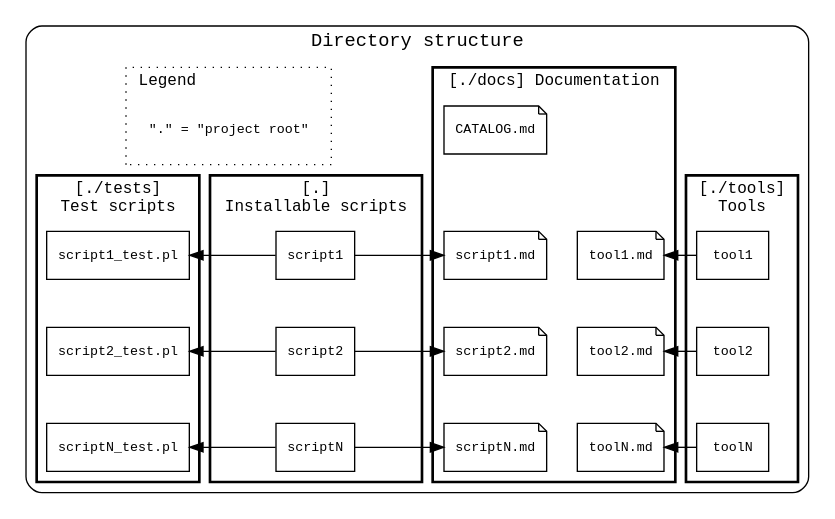
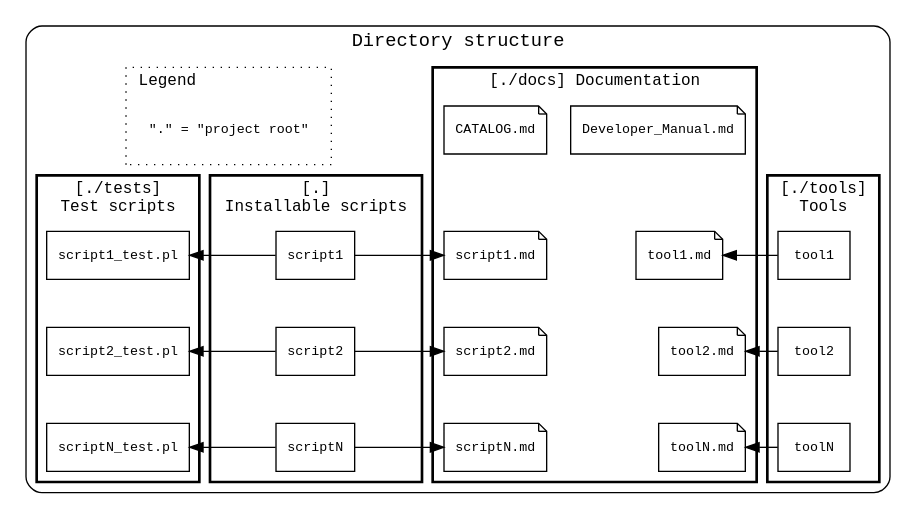
One commit to tomyama-code/tomyama_script_collection changed the diagram in docs/README_dir_struct.dot. Above: the diagram before and after it, drawn with Graphviz. The commit also changed 9 other files, not shown here.

Commit message:
modify: docs/Developer_Manual.md

```diff
--- a/docs/README_dir_struct.dot
+++ b/docs/README_dir_struct.dot
@@ -1,114 +1,119 @@
+// File: docs/README_dir_struct.dot
+// Author: tomyama
+// Purpose: Directory structure diagram
+
 digraph physical_directory_structure {
     newrank=true
     constraint=false
 
     // 全体に等幅フォントを適用
     //   ex) "monospace", "Courier", "Courier New", "Consolas", "Monaco"
     graph [fontname="monospace"]
     node  [fontname="monospace", fontsize=10]
     edge  [fontname="monospace"]
 
     // 図全体を囲うクラスタ
     subgraph cluster_all {
 
         label = "Directory structure"
         style = "rounded"   // 角を丸くする
         color = "black"     // 枠線の色
         penwidth = 1        // 枠線の太さ
 
         // ツール
         subgraph cluster_tools {
             label = "[./tools]\nTools"
             style = "solid"
             penwidth = 2        // 枠線の太さ
             fontsize=12
             {
                 edge [style=invis];
                 tool1 -> tool2 -> toolN
             }
             tool1 [shape=box, label="tool1"]
             tool2 [shape=box, label="tool2"]
             toolN [shape=box, label="toolN"]
             //rank=same
         }
 
         // ドキュメント
         subgraph cluster_script_doc {
             label = "[./docs] Documentation"
             style = "solid"
             penwidth = 2        // 枠線の太さ
             fontsize=12
             {
                 edge [style=invis];
                 all_catalog -> script1_doc -> script2_doc -> scriptN_doc
-                tool1_doc -> tool2_doc -> toolN_doc
+                dev_manual -> tool1_doc -> tool2_doc -> toolN_doc
                 script1_doc -> tool1_doc
             }
             all_catalog [shape=note, label="CATALOG.md"]
             script1_doc [shape=note, label="script1.md"]
             script2_doc [shape=note, label="script2.md"]
             scriptN_doc [shape=note, label="scriptN.md"]
+            dev_manual [shape=note, label="Developer_Manual.md" ]
             tool1_doc [shape=note, label="tool1.md"]
             tool2_doc [shape=note, label="tool2.md"]
             toolN_doc [shape=note, label="toolN.md"]
         }
 
         // スクリプト本体
         subgraph cluster_installable_scripts {
             label = "[.]\nInstallable scripts"
             style = "solid"
             penwidth = 2        // 枠線の太さ
             fontsize=12
             {
                 edge [style=invis];
                 script1 -> script2 -> scriptN
             }
             script1 [shape=box, label="script1"]
             script2 [shape=box, label="script2"]
             scriptN [shape=box, label="scriptN"]
         }
 
         // テスト用スクリプト
         subgraph cluster_test_scripts {
             label = "[./tests]\nTest scripts"
             style = "solid"
             penwidth = 2        // 枠線の太さ
             fontsize=12
             {
                 edge [style=invis];
                 script1_test -> script2_test -> scriptN_test
             }
             script1_test [shape=box, label="script1_test.pl"]
             script2_test [shape=box, label="script2_test.pl"]
             scriptN_test [shape=box, label="scriptN_test.pl"]
         }
 
         // 凡例（サブグラフとして追加）
         subgraph cluster_legend {
             label = "Legend"
             labeljust = l   // ← ラベルを左寄せにする
             fontsize=12
             style=dotted
             dot_meaning [shape=plaintext, label="\".\" = \"project root\""]
         }
 
         {rank=same; script1_doc; script1; script1_test; tool1_doc; tool1}
         {rank=same; script2_doc; script2; script2_test; tool2_doc; tool2}
         {rank=same; scriptN_doc; scriptN; scriptN_test; toolN_doc; toolN}
 
         // スクリプトとドキュメントの関係
         script1 -> script1_doc
         script2 -> script2_doc
         scriptN -> scriptN_doc
 
         // スクリプトとテスト用スクリプトの関係
         script1 -> script1_test
         script2 -> script2_test
         scriptN -> scriptN_test
 
         // ツールとドキュメントの関係
         tool1 -> tool1_doc
         tool2 -> tool2_doc
         toolN -> toolN_doc
     }
 }
```
